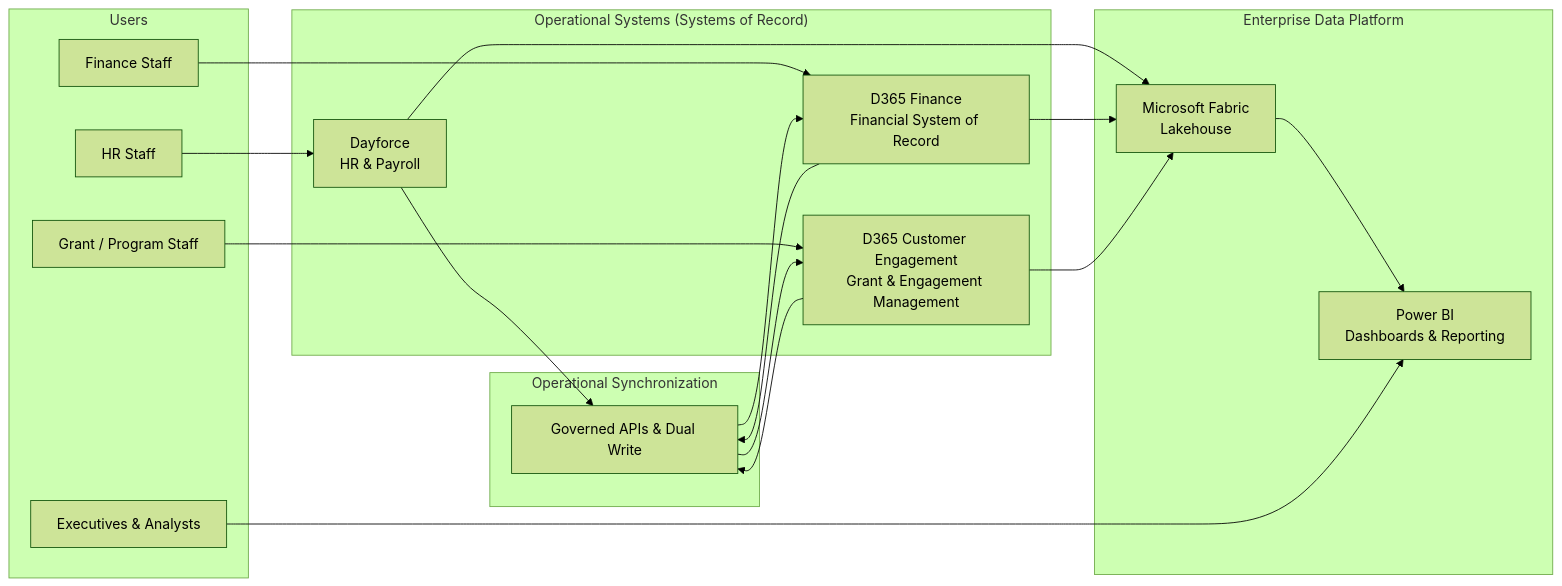
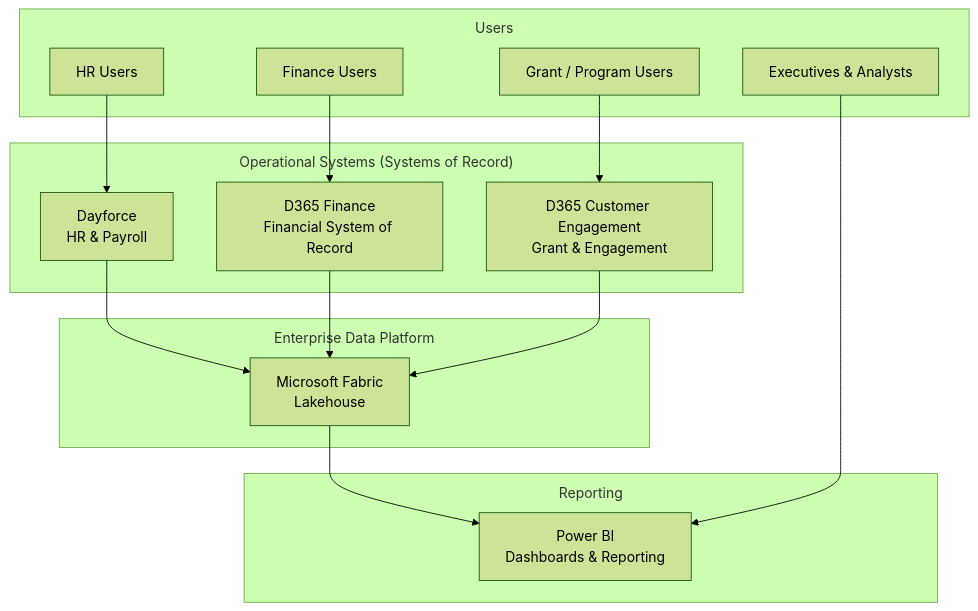
One commit to stimm-solutionstreet/AIR changed the sixth of 7 diagrams in README.md. Above: the diagram before and after it, drawn with Mermaid (forest theme).

Commit message:
simplified ConOps Section 4: Operational Concept

````diff
--- a/README.md
+++ b/README.md
@@ -221,43 +221,37 @@
 ```mermaid
-flowchart LR
+%%{init: { "flowchart": { "subGraphTitleMargin": { "top": 10, "bottom": 10 } } } }%%
+
+flowchart TB
 
 subgraph Users
-U1[HR Staff]
-U2[Finance Staff]
-U3[Grant / Program Staff]
-U4[Executives & Analysts]
+HR[HR Users]
+FIN[Finance Users]
+GRANT[Grant / Program Users]
+EXEC[Executives & Analysts]
 end
 
-subgraph Operational_Systems["Operational Systems (Systems of Record)"]
-D1[Dayforce<br/>HR & Payroll]
-D2[D365 Finance<br/>Financial System of Record]
-D3[D365 Customer Engagement<br>Grant & Engagement Management]
+subgraph Systems_of_Record["Operational Systems (Systems of Record)"]
+DAY[Dayforce<br/>HR & Payroll]
+FINANCE[D365 Finance<br/>Financial System of Record]
+CE[D365 Customer Engagement<br/>Grant & Engagement]
 end
 
-subgraph Integration["Operational Synchronization"]
-SYNC[Governed APIs & Dual Write]
+subgraph Data_Platform["Enterprise Data Platform"]
+FABRIC[Microsoft Fabric<br/>Lakehouse]
 end
 
-subgraph Analytics["Enterprise Data Platform"]
-FAB[Microsoft Fabric<br>Lakehouse]
-BI[Power BI<br/>Dashboards & Reporting]
+subgraph Reporting
+PBI[Power BI<br/>Dashboards & Reporting]
 end
 
-U1 --> D1
-U2 --> D2
-U3 --> D3
+HR --> DAY
+FIN --> FINANCE
+GRANT --> CE
 
-D1 --> SYNC
-D2 --> SYNC
-D3 --> SYNC
+DAY --> FABRIC
+FINANCE --> FABRIC
+CE --> FABRIC
 
-SYNC --> D2
-SYNC --> D3
-
-D1 --> FAB
-D2 --> FAB
-D3 --> FAB
-
-FAB --> BI
-U4 --> BI
+FABRIC --> PBI
+EXEC --> PBI
 ```
````
